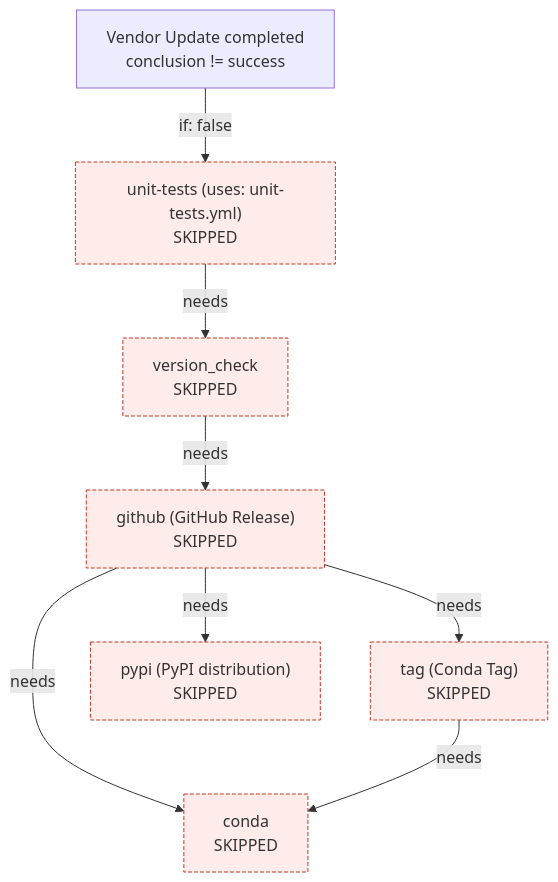
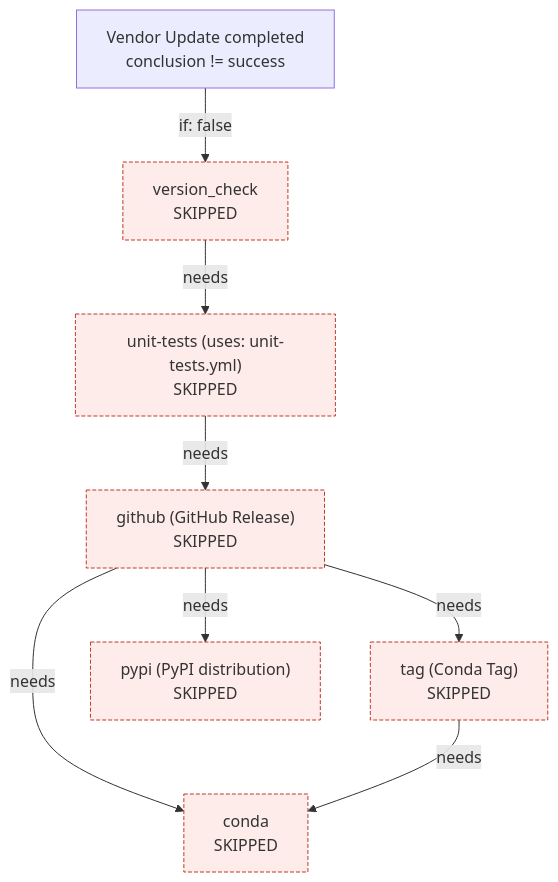
Before and after one commit to JarryShaw/PyPCAPKit: the second of 2 diagrams in docs/source/contributing/workflows.rst, drawn with Mermaid. The commit also changed other lines of this file and 4 other files, not shown here.

```diff
--- a/docs/source/contributing/workflows.rst
+++ b/docs/source/contributing/workflows.rst
@@ -251,21 +253,21 @@
 .. mermaid::
 
    flowchart TD
        WR["Vendor Update completed<br/>conclusion != success"]
+       VC["version_check<br/>SKIPPED"]
        UTX["unit-tests (uses: unit-tests.yml)<br/>SKIPPED"]
-       VC["version_check<br/>SKIPPED"]
        GH["github (GitHub Release)<br/>SKIPPED"]
        TAGJ["tag (Conda Tag)<br/>SKIPPED"]
        PY["pypi (PyPI distribution)<br/>SKIPPED"]
        CD["conda<br/>SKIPPED"]
 
-       WR -->|if: false| UTX
-       UTX -->|needs| VC
-       VC -->|needs| GH
+       WR -->|if: false| VC
+       VC -->|needs| UTX
+       UTX -->|needs| GH
        GH -->|needs| TAGJ
        GH -->|needs| PY
        GH -->|needs| CD
        TAGJ -->|needs| CD
 
        classDef skipped fill:#fdecea,stroke:#c0392b,stroke-dasharray:4 2
        class UTX,VC,GH,TAGJ,PY,CD skipped
```
